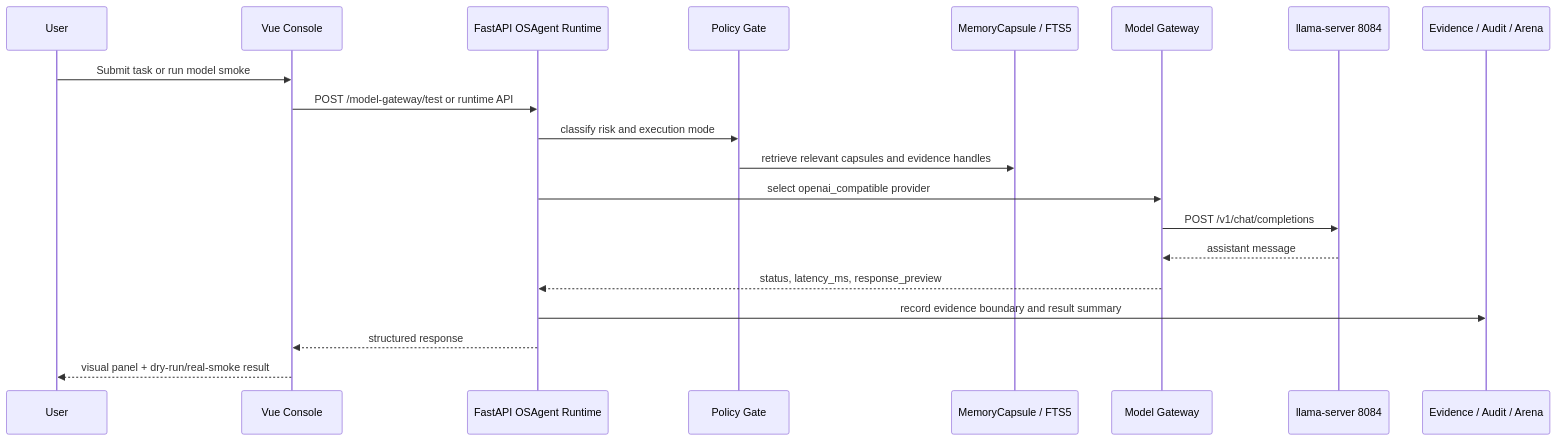
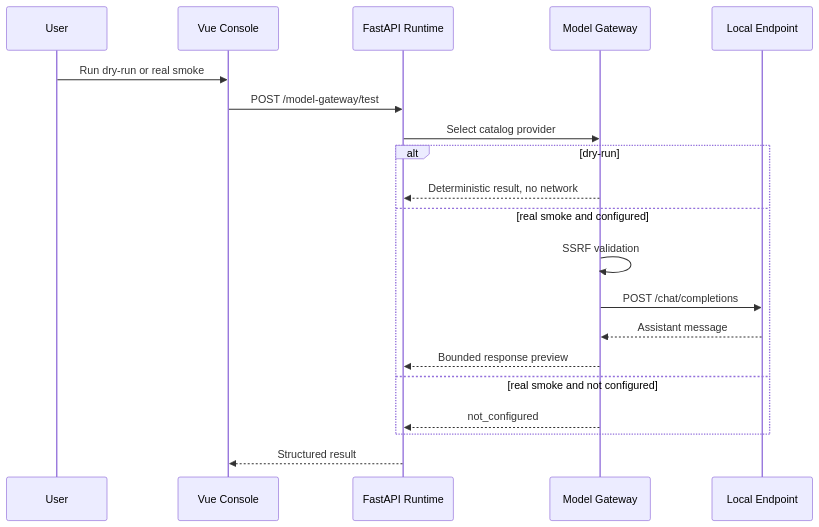
The second of 2 diagrams in docs/OSAGENT_MODEL_GATEWAY_FLOW.md (QianChang-official/wan-wei--shuyi-osagent), drawn with Mermaid before and after one commit. The commit also changed other lines of this file and 105 other files, not shown here.

````diff
--- a/docs/OSAGENT_MODEL_GATEWAY_FLOW.md
+++ b/docs/OSAGENT_MODEL_GATEWAY_FLOW.md
@@ -45,23 +43,23 @@
 ```mermaid
 sequenceDiagram
-    participant User as User
+    participant User
     participant Console as Vue Console
-    participant Backend as FastAPI OSAgent Runtime
-    participant Policy as Policy Gate
-    participant Memory as MemoryCapsule / FTS5
+    participant Backend as FastAPI Runtime
     participant Gateway as Model Gateway
-    participant Llama as llama-server 8084
-    participant Audit as Evidence / Audit / Arena
+    participant Model as Local Endpoint
 
-    User->>Console: Submit task or run model smoke
-    Console->>Backend: POST /model-gateway/test or runtime API
-    Backend->>Policy: classify risk and execution mode
-    Policy->>Memory: retrieve relevant capsules and evidence handles
-    Backend->>Gateway: select openai_compatible provider
-    Gateway->>Llama: POST /v1/chat/completions
-    Llama-->>Gateway: assistant message
-    Gateway-->>Backend: status, latency_ms, response_preview
-    Backend->>Audit: record evidence boundary and result summary
-    Backend-->>Console: structured response
-    Console-->>User: visual panel + dry-run/real-smoke result
+    User->>Console: Run dry-run or real smoke
+    Console->>Backend: POST /model-gateway/test
+    Backend->>Gateway: Select catalog provider
+    alt dry-run
+        Gateway-->>Backend: Deterministic result, no network
+    else real smoke and configured
+        Gateway->>Gateway: SSRF validation
+        Gateway->>Model: POST /chat/completions
+        Model-->>Gateway: Assistant message
+        Gateway-->>Backend: Bounded response preview
+    else real smoke and not configured
+        Gateway-->>Backend: not_configured
+    end
+    Backend-->>Console: Structured result
 ```
````
